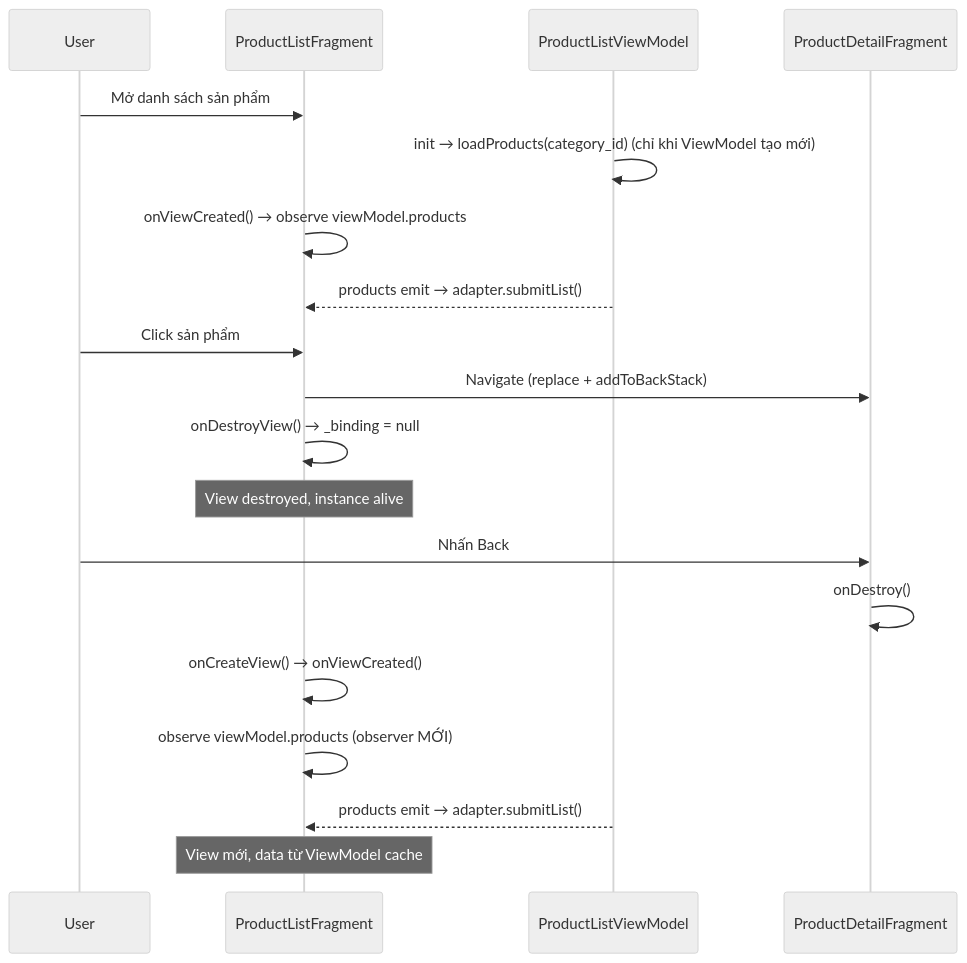
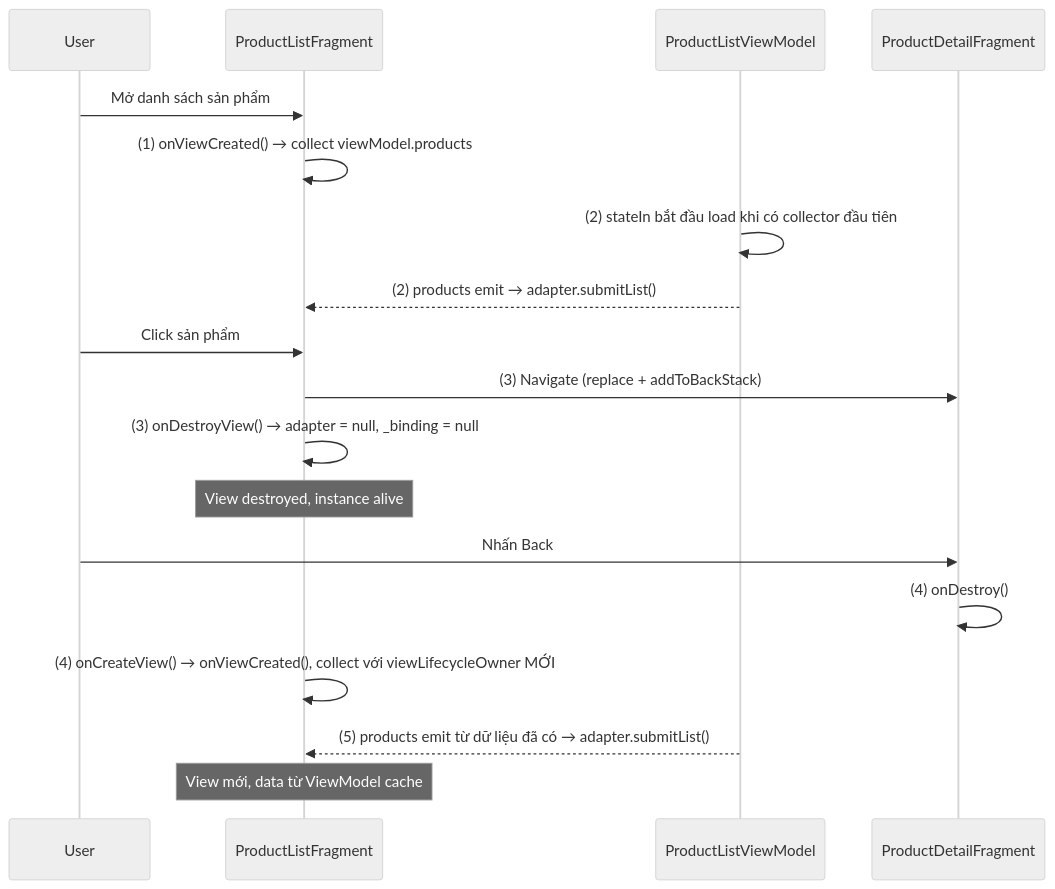
The fourth of 5 diagrams in knowledge/android/docs/session_04/components/fragment/lifecycle.md (h1eu/knowledge), drawn with Mermaid (neutral theme) before and after one commit. The commit also changed other lines of this file and 1 other file, not shown here.

First line of the commit message:
docs(android): rewrite Fragment Lifecycle to the lesson template (phase 3 pilot)

````diff
--- a/knowledge/android/docs/session_04/components/fragment/lifecycle.md
+++ b/knowledge/android/docs/session_04/components/fragment/lifecycle.md
@@ -277,24 +249,23 @@
 ```mermaid
 sequenceDiagram
     participant User
     participant PL as ProductListFragment
     participant VM as ProductListViewModel
     participant PD as ProductDetailFragment
 
     User->>PL: Mở danh sách sản phẩm
-    VM->>VM: init → loadProducts(category_id) (chỉ khi ViewModel tạo mới)
-    PL->>PL: onViewCreated() → observe viewModel.products
-    VM-->>PL: products emit → adapter.submitList()
+    PL->>PL: (1) onViewCreated() → collect viewModel.products
+    VM->>VM: (2) stateIn bắt đầu load khi có collector đầu tiên
+    VM-->>PL: (2) products emit → adapter.submitList()
 
     User->>PL: Click sản phẩm
-    PL->>PD: Navigate (replace + addToBackStack)
-    PL->>PL: onDestroyView() → _binding = null
+    PL->>PD: (3) Navigate (replace + addToBackStack)
+    PL->>PL: (3) onDestroyView() → adapter = null, _binding = null
     Note over PL: View destroyed, instance alive
 
     User->>PD: Nhấn Back
-    PD->>PD: onDestroy()
-    PL->>PL: onCreateView() → onViewCreated()
-    PL->>PL: observe viewModel.products (observer MỚI)
-    VM-->>PL: products emit → adapter.submitList()
+    PD->>PD: (4) onDestroy()
+    PL->>PL: (4) onCreateView() → onViewCreated(), collect với viewLifecycleOwner MỚI
+    VM-->>PL: (5) products emit từ dữ liệu đã có → adapter.submitList()
     Note over PL: View mới, data từ ViewModel cache
 ```
````
